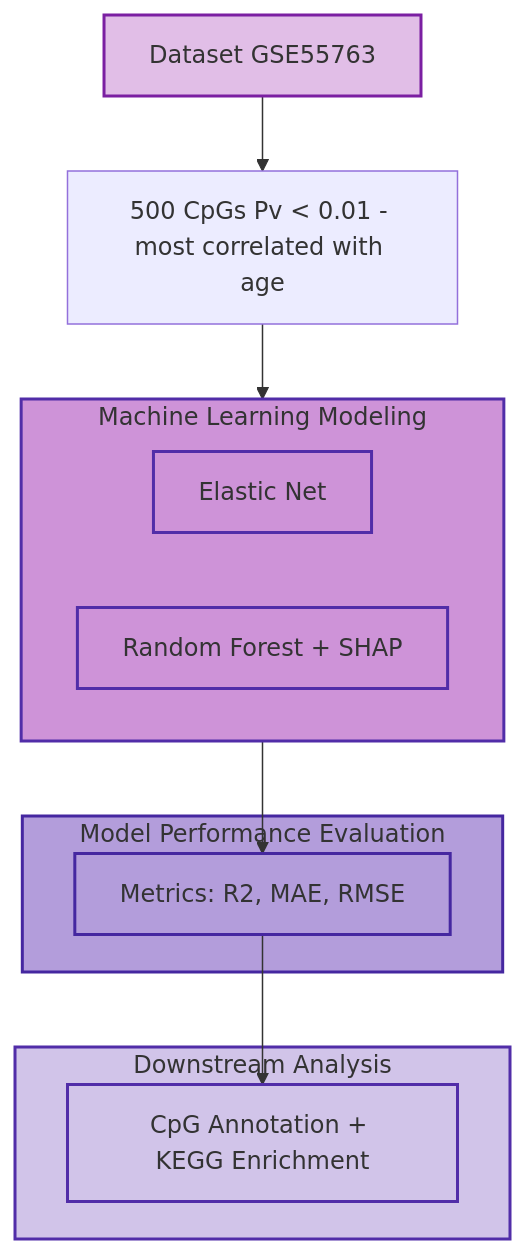
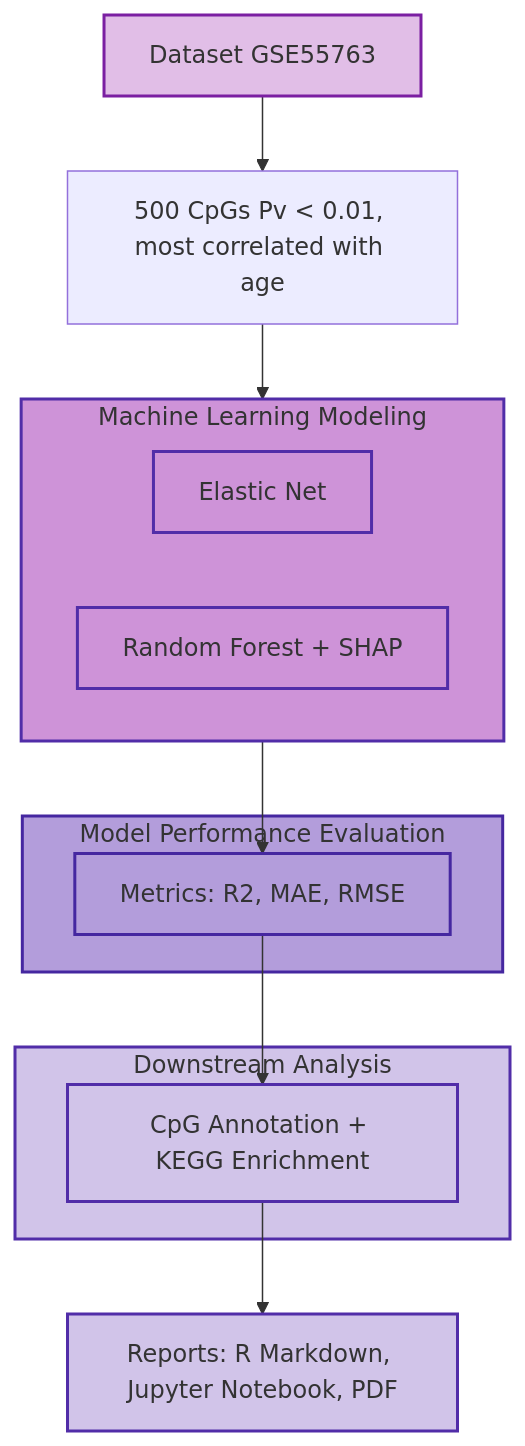
Before and after one commit to Magal88/BINF7700_Capstone_Eisik_Magali: the diagram in README.md, drawn with Mermaid.

Commit message:
Revise flowchart and add reports section
Updated flowchart in README to improve clarity and added reports section.

````diff
--- a/README.md
+++ b/README.md
@@ -10,37 +10,42 @@
 ```mermaid
 flowchart TD
     %% Input
-    A[Dataset GSE55763] --> B[500 CpGs Pv &lt; 0.01 - most correlated with age]
+    A[Dataset GSE55763] --> B[500 CpGs Pv &lt; 0.01, most correlated with age]
 
     %% Machine Learning Modeling
     subgraph ML [Machine Learning Modeling]
         C[Elastic Net] 
         D[Random Forest + SHAP]
     end
 
     B --> ML
 
     %% Model Performance Evaluation
     subgraph Eval [Model Performance Evaluation]
         E[Metrics: R2, MAE, RMSE]
     end
 
     ML --> E
 
     %% Downstream Analysis
     subgraph Downstream [Downstream Analysis]
         F[CpG Annotation + KEGG Enrichment]
     end
 
     E --> F
 
+    %% Reports
+    G[Reports: R Markdown, Jupyter Notebook, PDF] 
+    F --> G
+
     %% Styles
     style A fill:#e1bee7,stroke:#7b1fa2,stroke-width:2px
     style ML fill:#ce93d8,stroke:#512da8,stroke-width:2px
     style C fill:#ce93d8,stroke:#512da8,stroke-width:2px
     style D fill:#ce93d8,stroke:#512da8,stroke-width:2px
     style Eval fill:#b39ddb,stroke:#4527a0,stroke-width:2px
     style E fill:#b39ddb,stroke:#4527a0,stroke-width:2px
     style Downstream fill:#d1c4e9,stroke:#512da8,stroke-width:2px
     style F fill:#d1c4e9,stroke:#512da8,stroke-width:2px
+    style G fill:#d1c4e9,stroke:#512da8,stroke-width:2px
 ```
````
